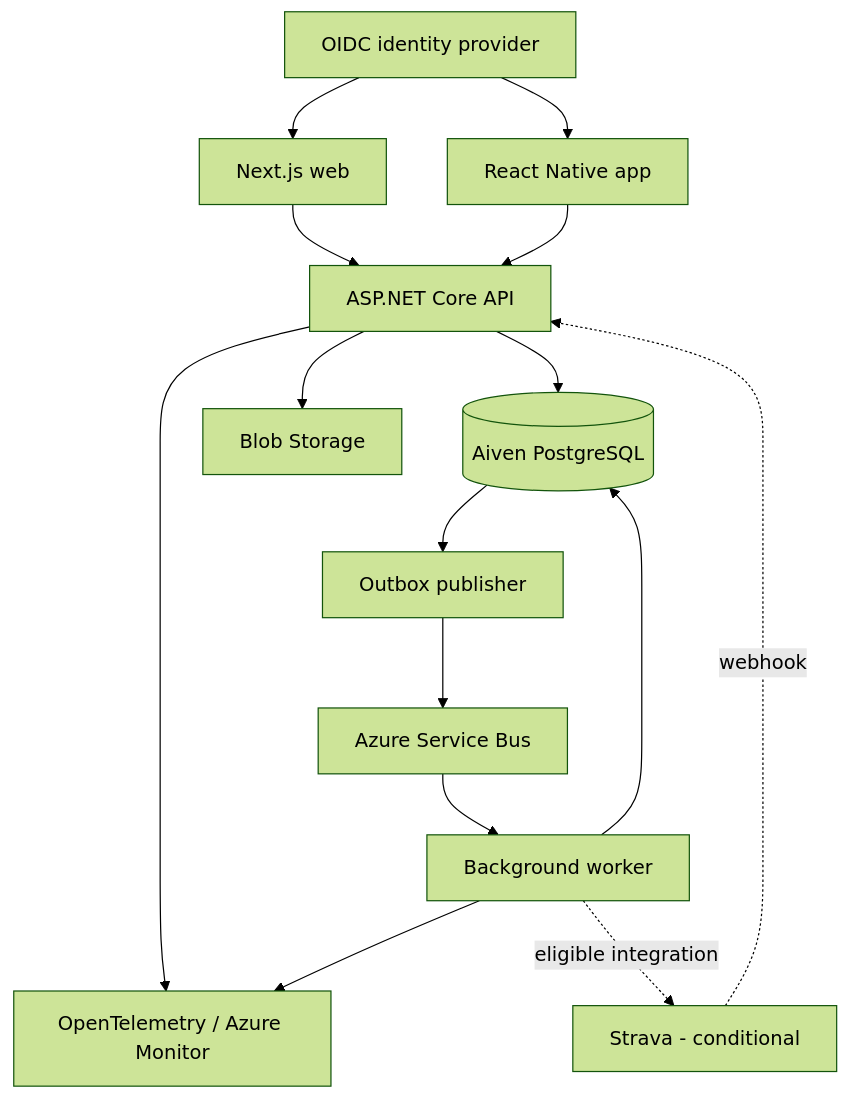
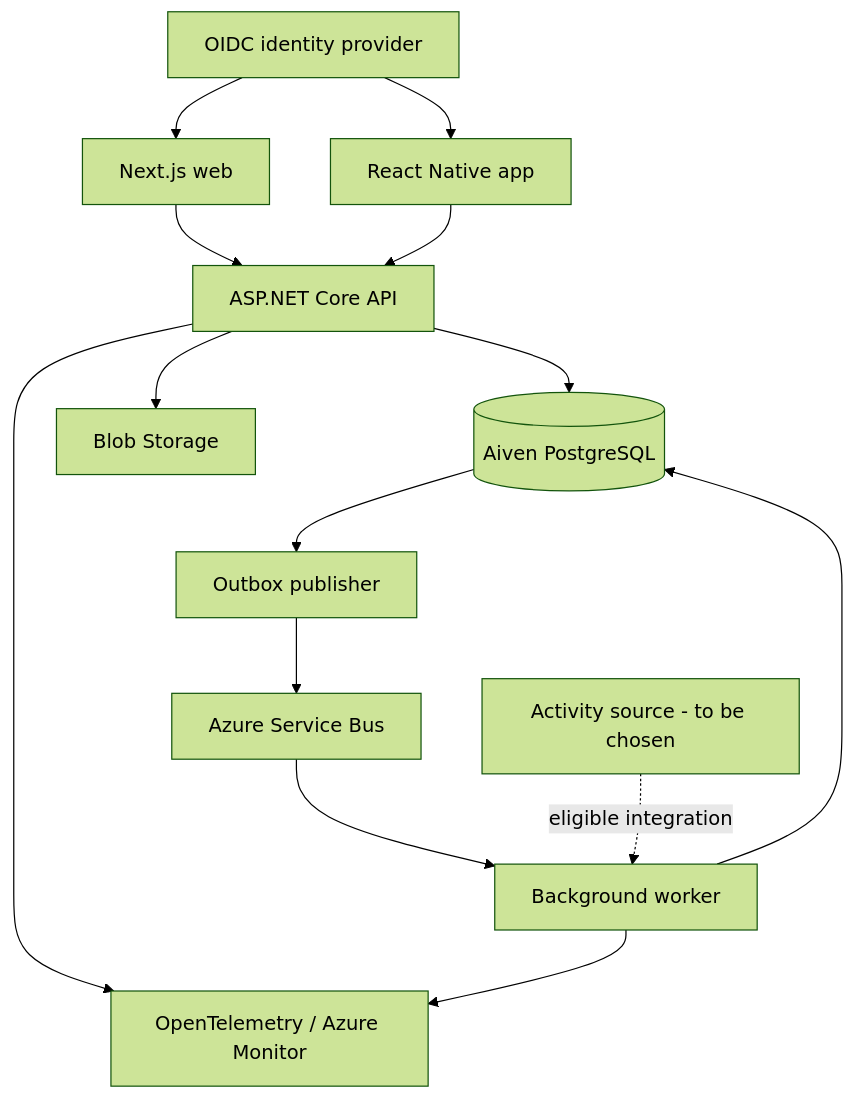
One commit to juusimaa/bike-log changed the diagram in PROJECT_PLAN.md. Above: the diagram before and after it, drawn with Mermaid (forest theme). The commit also changed other lines of this file and 12 other files, not shown here.

First line of the commit message:
Record Strava integration as not feasible; keep abandoned spec 003 and V5 mock for reference (#17)

````diff
--- a/PROJECT_PLAN.md
+++ b/PROJECT_PLAN.md
@@ -117,17 +101,16 @@
 ```mermaid
 flowchart TD
     Web[Next.js web] --> API[ASP.NET Core API]
     Mobile[React Native app] --> API
     Identity[OIDC identity provider] --> Web
     Identity --> Mobile
     API --> DB[(Aiven PostgreSQL)]
     DB --> Outbox[Outbox publisher]
     Outbox --> Queue[Azure Service Bus]
     Queue --> Worker[Background worker]
     Worker --> DB
     API --> Blob[Blob Storage]
     API --> Telemetry[OpenTelemetry / Azure Monitor]
     Worker --> Telemetry
-    Strava[Strava - conditional] -. webhook .-> API
-    Worker -. eligible integration .-> Strava
+    Provider[Activity source - to be chosen] -. eligible integration .-> Worker
 ```
````
